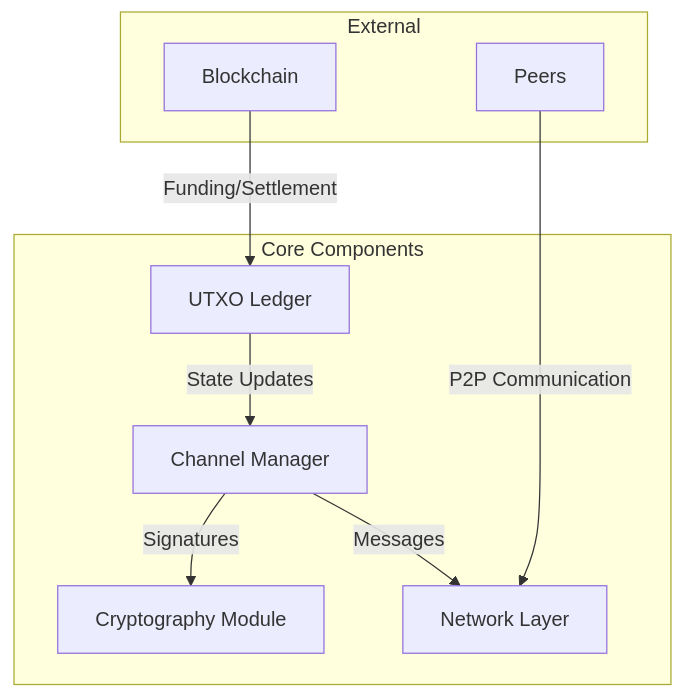
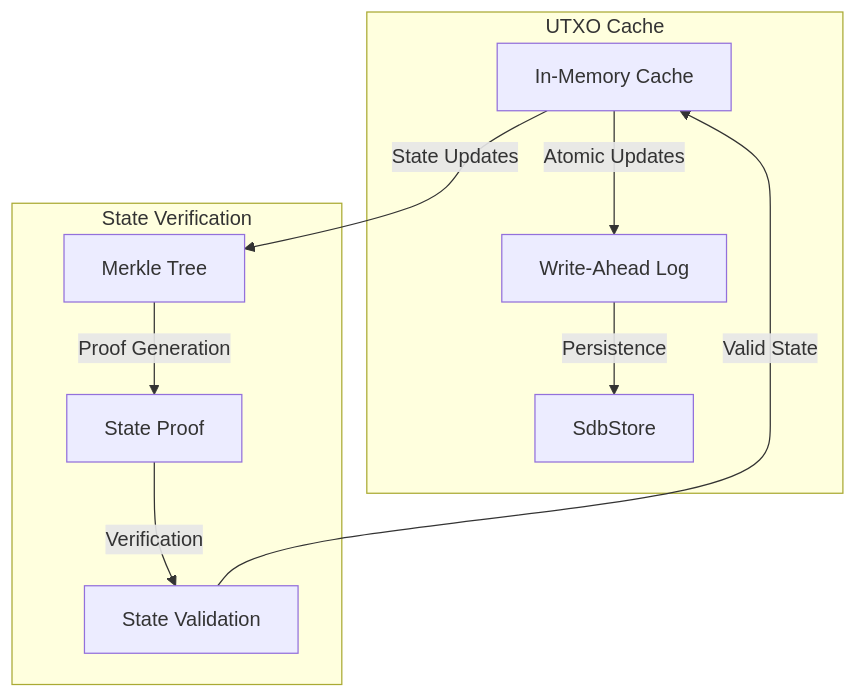
The first of 3 diagrams in README.md (JtPerez-Acle/rust-protocol-btc), drawn with Mermaid before and after one commit. The commit also changed other lines of this file and 17 other files, not shown here.

Commit message:
[core] merkle tree implementaiton; integration test suite; revise CHANGELOG.md

````diff
--- a/README.md
+++ b/README.md
@@ -25,13 +25,15 @@
 ```mermaid
 graph TB
-    subgraph Core Components
-        A[UTXO Ledger] --> |State Updates| B[Channel Manager]
-        B --> |Signatures| C[Cryptography Module]
-        B --> |Messages| D[Network Layer]
+    subgraph UTXO Cache
+        A[In-Memory Cache] --> |Atomic Updates| B[Write-Ahead Log]
+        B --> |Persistence| C[SdbStore]
     end
     
-    subgraph External
-        E[Blockchain] --> |Funding/Settlement| A
-        F[Peers] --> |P2P Communication| D
+    subgraph State Verification
+        D[Merkle Tree] --> |Proof Generation| E[State Proof]
+        E --> |Verification| F[State Validation]
     end
+    
+    A --> |State Updates| D
+    F --> |Valid State| A
 ```
````
